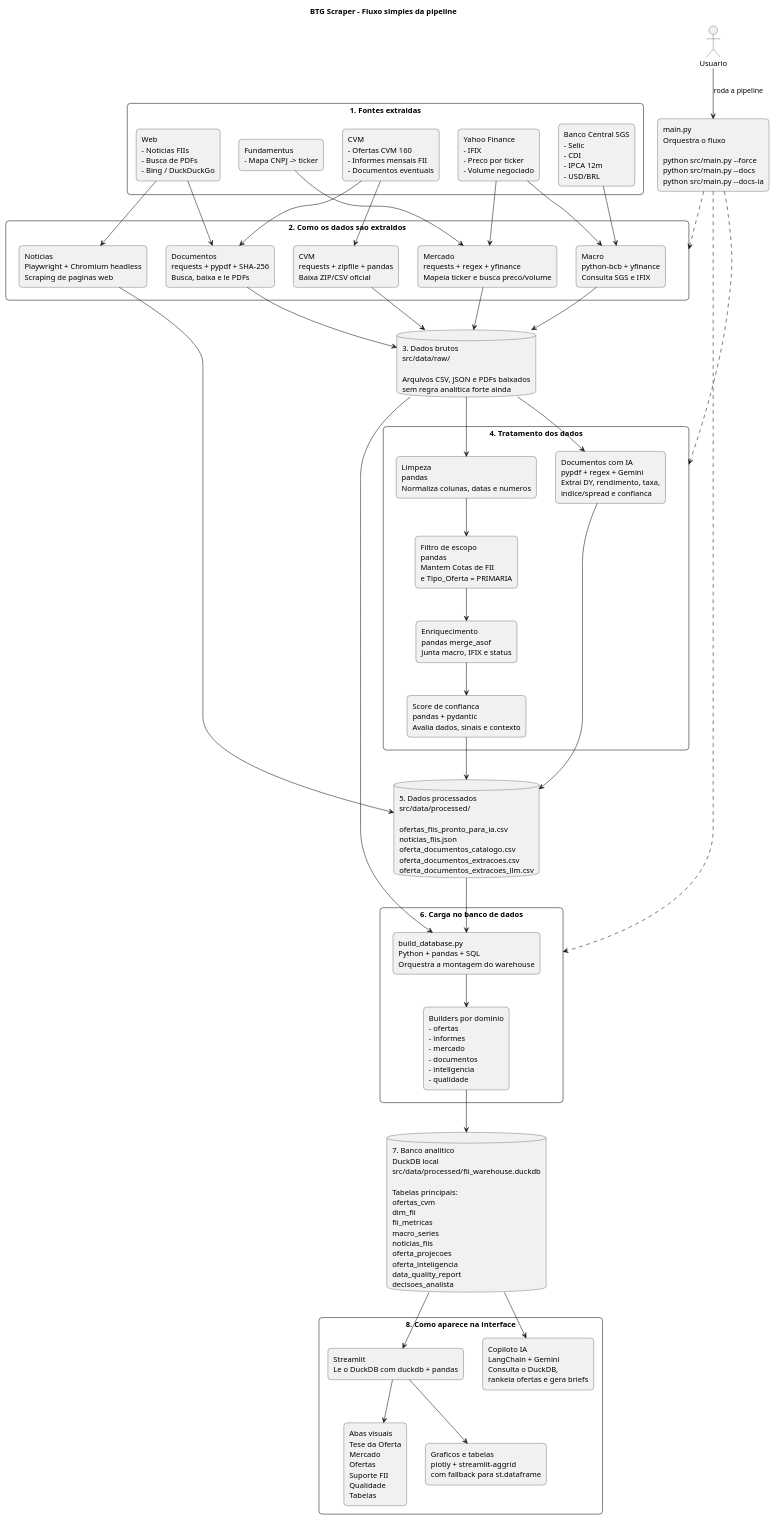
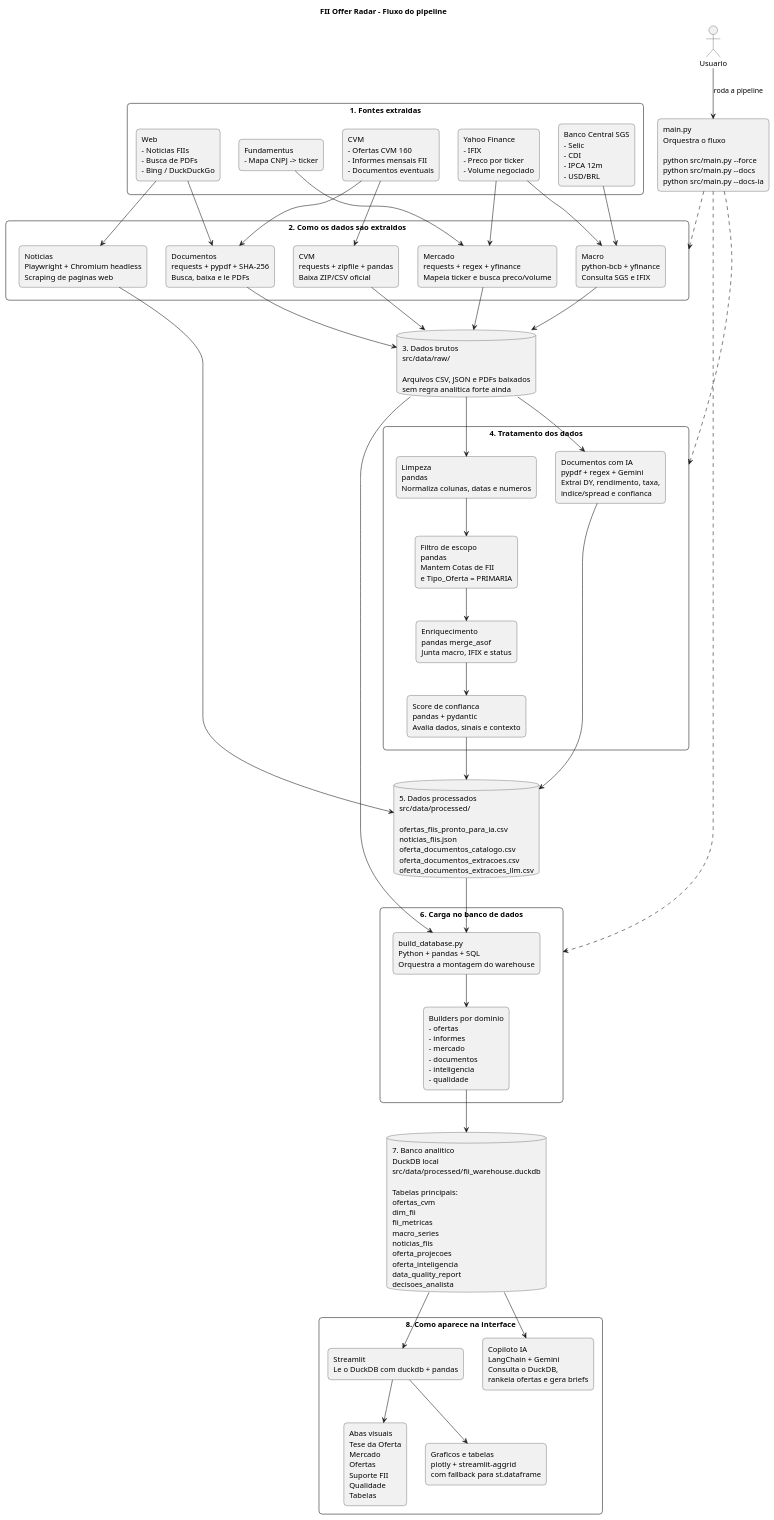
One commit to Isaacpk1/fii-offer-radar changed the diagram in docs/pipeline.puml. Above: the diagram before and after it, drawn with PlantUML. The commit also changed 7 other files, not shown here.

Commit message:
refactor: renomeia o projeto para FII Offer Radar e remove marca de terceiros da interface

```diff
--- a/docs/pipeline.puml
+++ b/docs/pipeline.puml
@@ -1,98 +1,98 @@
 @startuml
-title BTG Scraper - Fluxo simples da pipeline
+title FII Offer Radar - Fluxo do pipeline
 
 skinparam shadowing false
 skinparam defaultFontName Arial
 skinparam rectangle {
   RoundCorner 12
 }
 skinparam database {
   RoundCorner 12
 }
 
 actor Usuario
 
 rectangle "1. Fontes extraidas" as Fontes {
   rectangle "CVM\n- Ofertas CVM 160\n- Informes mensais FII\n- Documentos eventuais" as FonteCVM
   rectangle "Banco Central SGS\n- Selic\n- CDI\n- IPCA 12m\n- USD/BRL" as FonteBCB
   rectangle "Yahoo Finance\n- IFIX\n- Preco por ticker\n- Volume negociado" as FonteYahoo
   rectangle "Fundamentus\n- Mapa CNPJ -> ticker" as FonteFundamentus
   rectangle "Web\n- Noticias FIIs\n- Busca de PDFs\n- Bing / DuckDuckGo" as FonteWeb
 }
 
 rectangle "2. Como os dados sao extraidos" as Extracao {
   rectangle "CVM\nrequests + zipfile + pandas\nBaixa ZIP/CSV oficial" as ExtraiCVM
   rectangle "Macro\npython-bcb + yfinance\nConsulta SGS e IFIX" as ExtraiMacro
   rectangle "Mercado\nrequests + regex + yfinance\nMapeia ticker e busca preco/volume" as ExtraiMercado
   rectangle "Noticias\nPlaywright + Chromium headless\nScraping de paginas web" as ExtraiNoticias
   rectangle "Documentos\nrequests + pypdf + SHA-256\nBusca, baixa e le PDFs" as ExtraiDocs
 }
 
 database "3. Dados brutos\nsrc/data/raw/\n\nArquivos CSV, JSON e PDFs baixados\nsem regra analitica forte ainda" as Raw
 
 rectangle "4. Tratamento dos dados" as Tratamento {
   rectangle "Limpeza\npandas\nNormaliza colunas, datas e numeros" as Limpeza
   rectangle "Filtro de escopo\npandas\nMantem Cotas de FII\ne Tipo_Oferta = PRIMARIA" as Filtro
   rectangle "Enriquecimento\npandas merge_asof\nJunta macro, IFIX e status" as Enriquecimento
   rectangle "Documentos com IA\npypdf + regex + Gemini\nExtrai DY, rendimento, taxa,\nindice/spread e confianca" as TratamentoDocs
   rectangle "Score de confianca\npandas + pydantic\nAvalia dados, sinais e contexto" as Score
 }
 
 database "5. Dados processados\nsrc/data/processed/\n\nofertas_fiis_pronto_para_ia.csv\nnoticias_fiis.json\noferta_documentos_catalogo.csv\noferta_documentos_extracoes.csv\noferta_documentos_extracoes_llm.csv" as Processed
 
 rectangle "6. Carga no banco de dados" as Carga {
   rectangle "build_database.py\nPython + pandas + SQL\nOrquestra a montagem do warehouse" as BuildDB
   rectangle "Builders por dominio\n- ofertas\n- informes\n- mercado\n- documentos\n- inteligencia\n- qualidade" as Builders
 }
 
 database "7. Banco analitico\nDuckDB local\nsrc/data/processed/fii_warehouse.duckdb\n\nTabelas principais:\nofertas_cvm\ndim_fii\nfii_metricas\nmacro_series\nnoticias_fiis\noferta_projecoes\noferta_inteligencia\ndata_quality_report\ndecisoes_analista" as DuckDB
 
 rectangle "8. Como aparece na interface" as Interface {
   rectangle "Streamlit\nLe o DuckDB com duckdb + pandas" as StreamlitLoad
   rectangle "Abas visuais\nTese da Oferta\nMercado\nOfertas\nSuporte FII\nQualidade\nTabelas" as StreamlitTabs
   rectangle "Graficos e tabelas\nplotly + streamlit-aggrid\ncom fallback para st.dataframe" as Visualizacao
   rectangle "Copiloto IA\nLangChain + Gemini\nConsulta o DuckDB,\nrankeia ofertas e gera briefs" as Copiloto
 }
 
 rectangle "main.py\nOrquestra o fluxo\n\npython src/main.py --force\npython src/main.py --docs\npython src/main.py --docs-ia" as Main
 
 Usuario --> Main : roda a pipeline
 
 FonteCVM --> ExtraiCVM
 FonteBCB --> ExtraiMacro
 FonteYahoo --> ExtraiMacro
 FonteYahoo --> ExtraiMercado
 FonteFundamentus --> ExtraiMercado
 FonteWeb --> ExtraiNoticias
 FonteWeb --> ExtraiDocs
 FonteCVM --> ExtraiDocs
 
 ExtraiCVM --> Raw
 ExtraiMacro --> Raw
 ExtraiMercado --> Raw
 ExtraiNoticias --> Processed
 ExtraiDocs --> Raw
 
 Raw --> Limpeza
 Limpeza --> Filtro
 Filtro --> Enriquecimento
 Enriquecimento --> Score
 Raw --> TratamentoDocs
 TratamentoDocs --> Processed
 Score --> Processed
 
 Processed --> BuildDB
 Raw --> BuildDB
 BuildDB --> Builders
 Builders --> DuckDB
 
 DuckDB --> StreamlitLoad
 StreamlitLoad --> StreamlitTabs
 StreamlitLoad --> Visualizacao
 DuckDB --> Copiloto
 
 Main ..> Extracao
 Main ..> Tratamento
 Main ..> Carga
 
 @enduml
```
